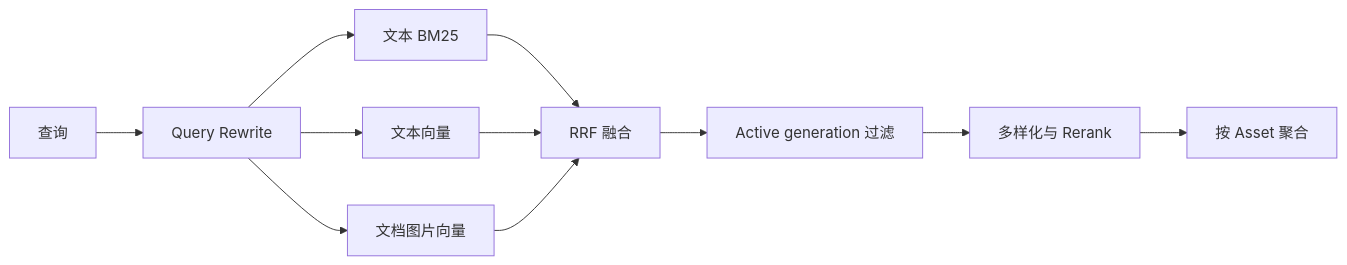
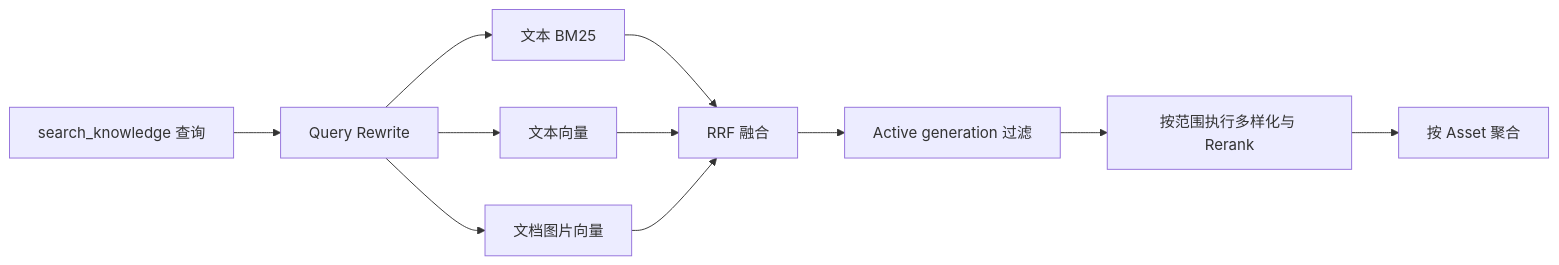
Before and after one commit to ryanmeowy/anchr-app: the sixth of 6 diagrams in docs/agent-rag-workflow.md, drawn with Mermaid. The commit also changed other lines of this file, not shown here.

````diff
--- a/docs/agent-rag-workflow.md
+++ b/docs/agent-rag-workflow.md
@@ -343,13 +343,13 @@
 ```mermaid
 flowchart LR
-    A["查询"] --> B["Query Rewrite"]
+    A["search_knowledge 查询"] --> B["Query Rewrite"]
     B --> C["文本 BM25"]
     B --> D["文本向量"]
     B --> E["文档图片向量"]
     C --> F["RRF 融合"]
     D --> F
     E --> F
     F --> G["Active generation 过滤"]
-    G --> H["多样化与 Rerank"]
+    G --> H["按范围执行多样化与 Rerank"]
     H --> I["按 Asset 聚合"]
 ```
````
